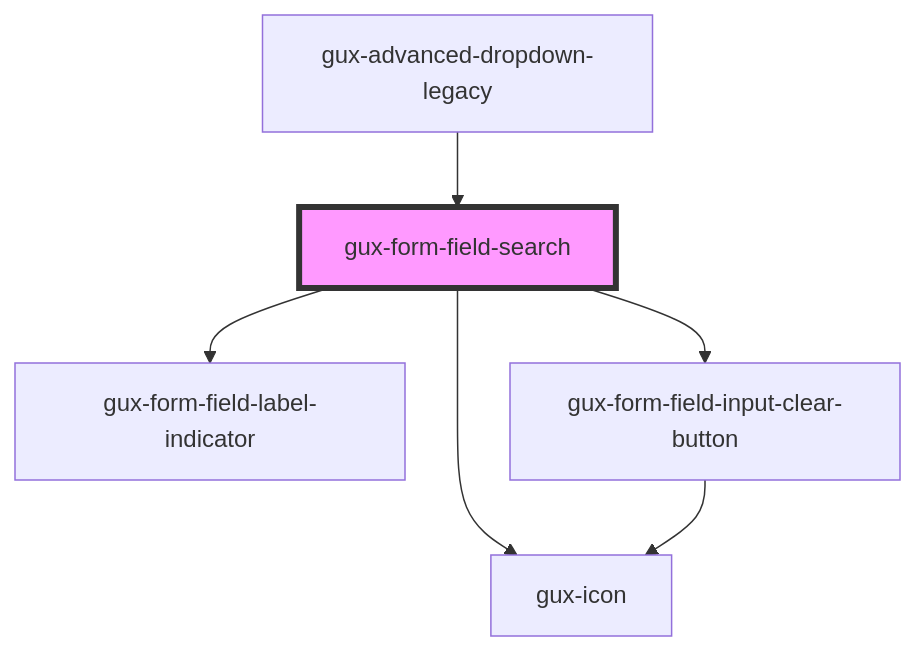
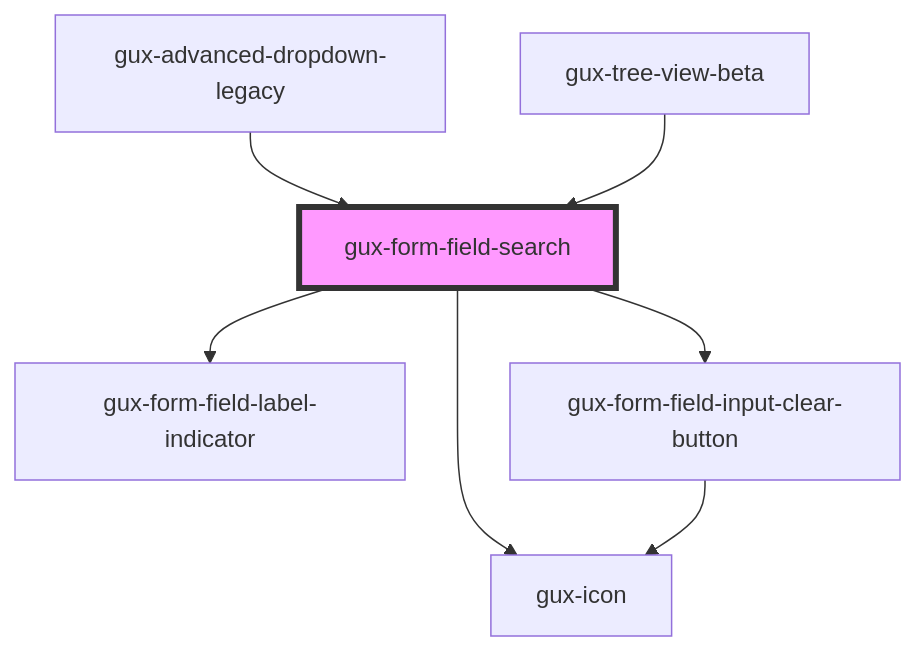
One commit to MyPureCloud/genesys-spark changed the diagram in packages/genesys-spark-components/src/components/stable/gux-form-field/components/gux-form-field-search/readme.md. Above: the diagram before and after it, drawn with Mermaid. The commit also changed other lines of this file and 12 other files, not shown here.

Commit message:
feat(tree-view-beta): tree view component single select

````diff
--- a/packages/genesys-spark-components/src/components/stable/gux-form-field/components/gux-form-field-search/readme.md
+++ b/packages/genesys-spark-components/src/components/stable/gux-form-field/components/gux-form-field-search/readme.md
@@ -53,9 +54,10 @@
 ```mermaid
 graph TD;
   gux-form-field-search --> gux-form-field-label-indicator
   gux-form-field-search --> gux-icon
   gux-form-field-search --> gux-form-field-input-clear-button
   gux-form-field-input-clear-button --> gux-icon
   gux-advanced-dropdown-legacy --> gux-form-field-search
+  gux-tree-view-beta --> gux-form-field-search
   style gux-form-field-search fill:#f9f,stroke:#333,stroke-width:4px
 ```
````
